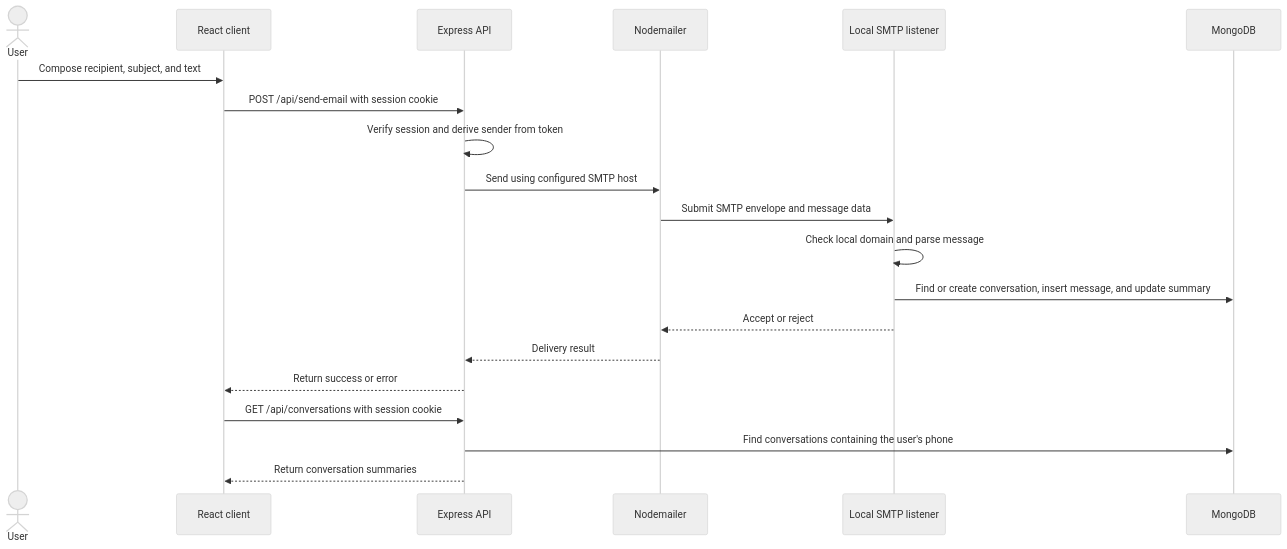
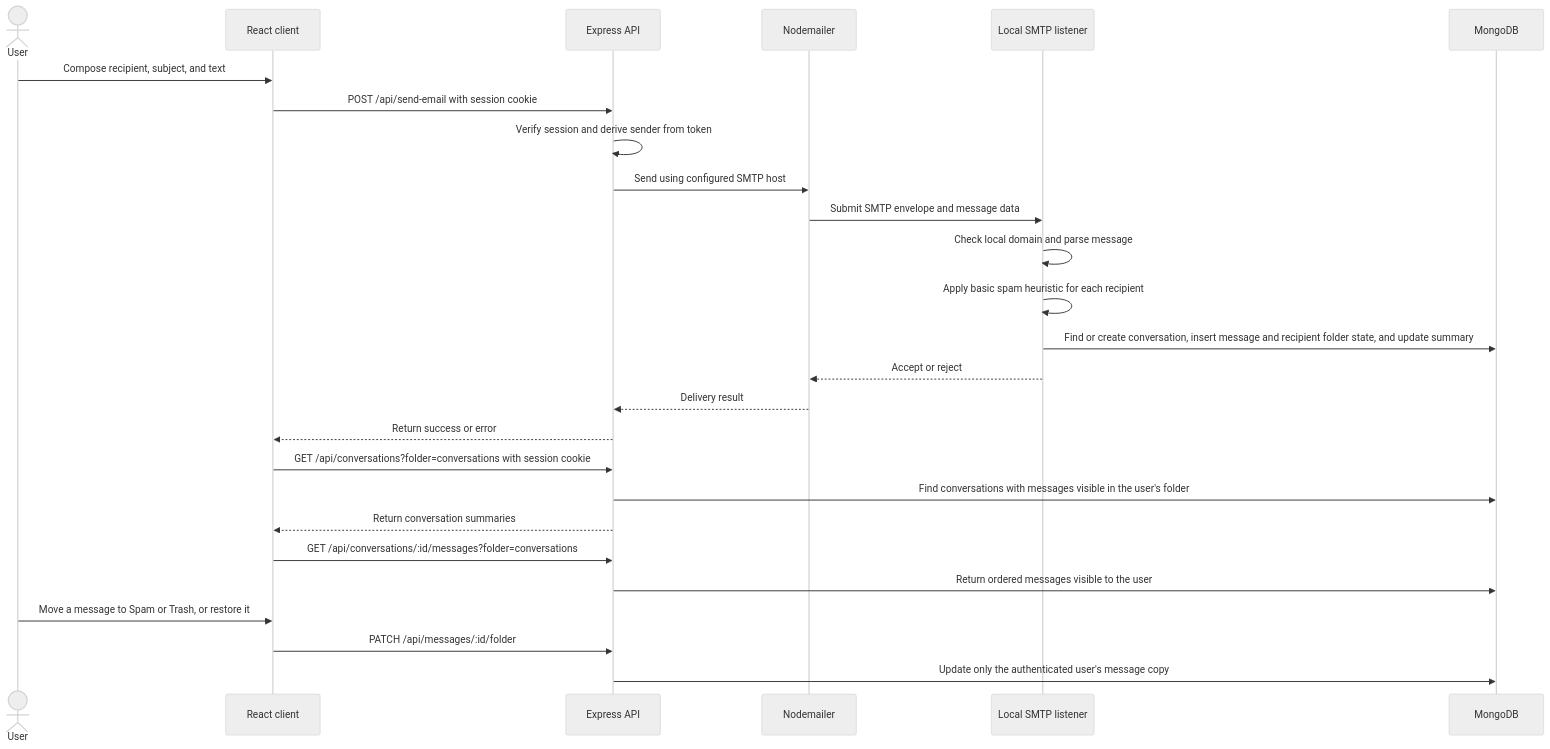
The third of 4 diagrams in README.md (HexTrail/Email-Client), drawn with Mermaid (neutral theme) before and after one commit. The commit also changed other lines of this file and 8 other files, not shown here.

First line of the commit message:
Fix spam and trash

````diff
--- a/README.md
+++ b/README.md
@@ -113,23 +115,29 @@
 ```mermaid
 sequenceDiagram
     actor User
     participant Client as React client
     participant API as Express API
     participant Mailer as Nodemailer
     participant SMTP as Local SMTP listener
     participant DB as MongoDB
 
     User->>Client: Compose recipient, subject, and text
     Client->>API: POST /api/send-email with session cookie
     API->>API: Verify session and derive sender from token
     API->>Mailer: Send using configured SMTP host
     Mailer->>SMTP: Submit SMTP envelope and message data
     SMTP->>SMTP: Check local domain and parse message
-    SMTP->>DB: Find or create conversation, insert message, and update summary
+    SMTP->>SMTP: Apply basic spam heuristic for each recipient
+    SMTP->>DB: Find or create conversation, insert message and recipient folder state, and update summary
     SMTP-->>Mailer: Accept or reject
     Mailer-->>API: Delivery result
     API-->>Client: Return success or error
-    Client->>API: GET /api/conversations with session cookie
-    API->>DB: Find conversations containing the user's phone
+    Client->>API: GET /api/conversations?folder=conversations with session cookie
+    API->>DB: Find conversations with messages visible in the user's folder
     API-->>Client: Return conversation summaries
+    Client->>API: GET /api/conversations/:id/messages?folder=conversations
+    API->>DB: Return ordered messages visible to the user
+    User->>Client: Move a message to Spam or Trash, or restore it
+    Client->>API: PATCH /api/messages/:id/folder
+    API->>DB: Update only the authenticated user's message copy
 ```
````
